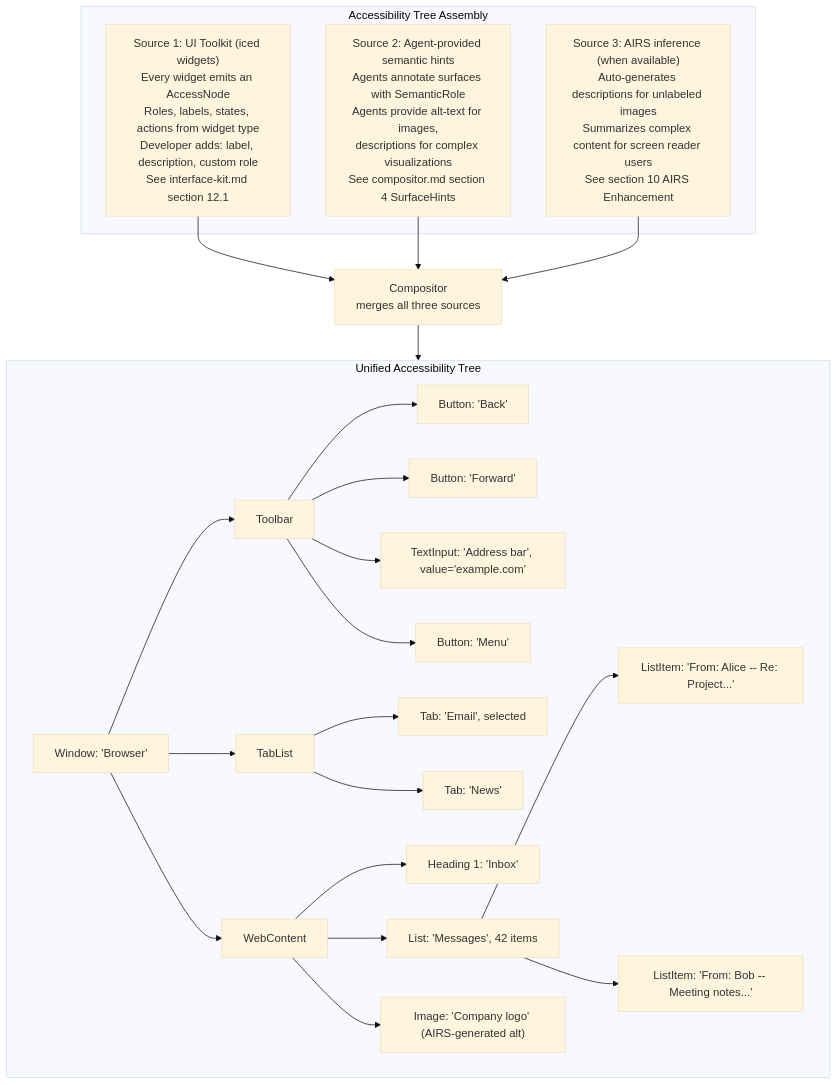
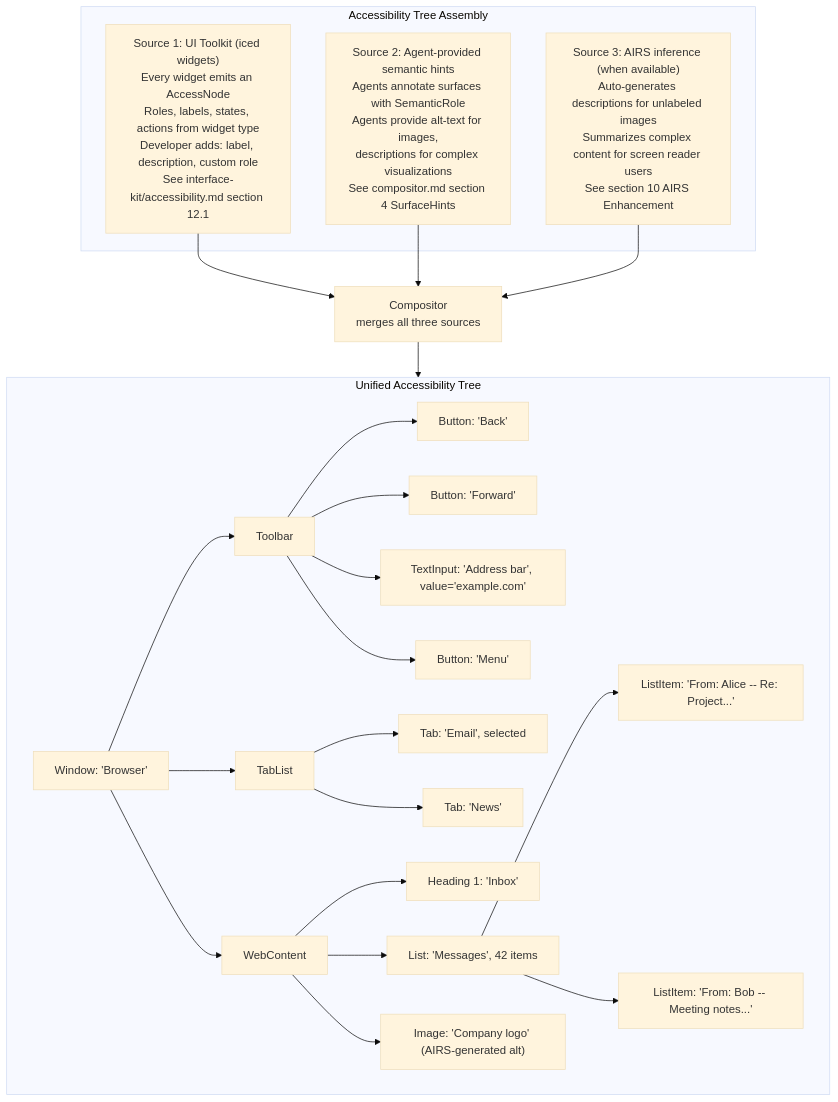
The third of 3 diagrams in docs/experience/accessibility/system-integration.md (juslee/aios), drawn with Mermaid (base theme) before and after one commit. The commit also changed 6 other files, not shown here.

````diff
--- a/docs/experience/accessibility/system-integration.md
+++ b/docs/experience/accessibility/system-integration.md
@@ -167,52 +167,52 @@
 ```mermaid
 flowchart TD
     subgraph Sources["Accessibility Tree Assembly"]
         S1["`Source 1: UI Toolkit (iced widgets)
 Every widget emits an AccessNode
 Roles, labels, states, actions from widget type
 Developer adds: label, description, custom role
-See interface-kit.md section 12.1`"]
+See interface-kit/accessibility.md section 12.1`"]
         S2["`Source 2: Agent-provided semantic hints
 Agents annotate surfaces with SemanticRole
 Agents provide alt-text for images,
 descriptions for complex visualizations
 See compositor.md section 4 SurfaceHints`"]
         S3["`Source 3: AIRS inference (when available)
 Auto-generates descriptions for unlabeled images
 Summarizes complex content for screen reader users
 See section 10 AIRS Enhancement`"]
     end
 
     COMP["`Compositor
 merges all three sources`"]
 
     S1 --> COMP
     S2 --> COMP
     S3 --> COMP
 
     subgraph UAT["Unified Accessibility Tree"]
         W["Window: 'Browser'"]
         TB["Toolbar"]
         BK["Button: 'Back'"]
         FW["Button: 'Forward'"]
         AB["TextInput: 'Address bar', value='example.com'"]
         MN["Button: 'Menu'"]
         TL["TabList"]
         T1["Tab: 'Email', selected"]
         T2["Tab: 'News'"]
         WC["WebContent"]
         H1["Heading 1: 'Inbox'"]
         LS["List: 'Messages', 42 items"]
         LI1["ListItem: 'From: Alice -- Re: Project...'"]
         LI2["ListItem: 'From: Bob -- Meeting notes...'"]
         IMG["Image: 'Company logo' (AIRS-generated alt)"]
 
         W --> TB & TL & WC
         TB --> BK & FW & AB & MN
         TL --> T1 & T2
         WC --> H1 & LS & IMG
         LS --> LI1 & LI2
     end
 
     COMP --> UAT
 ```
````
